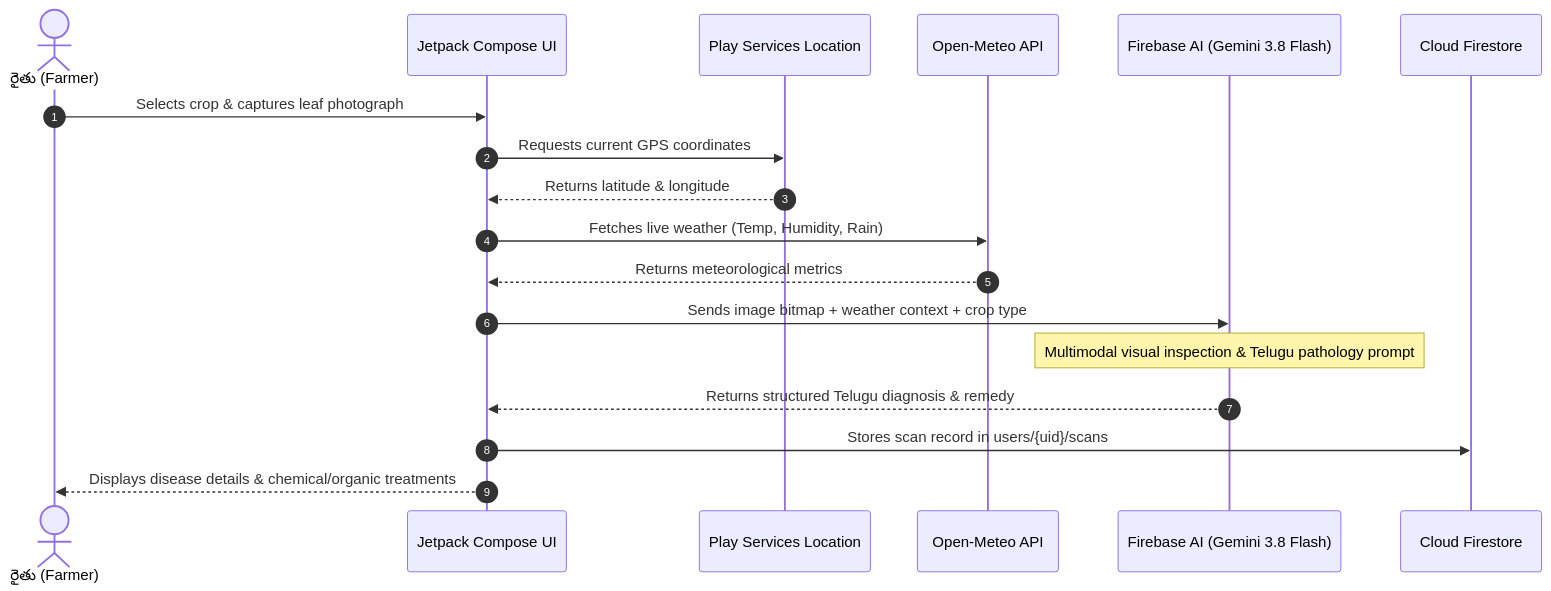
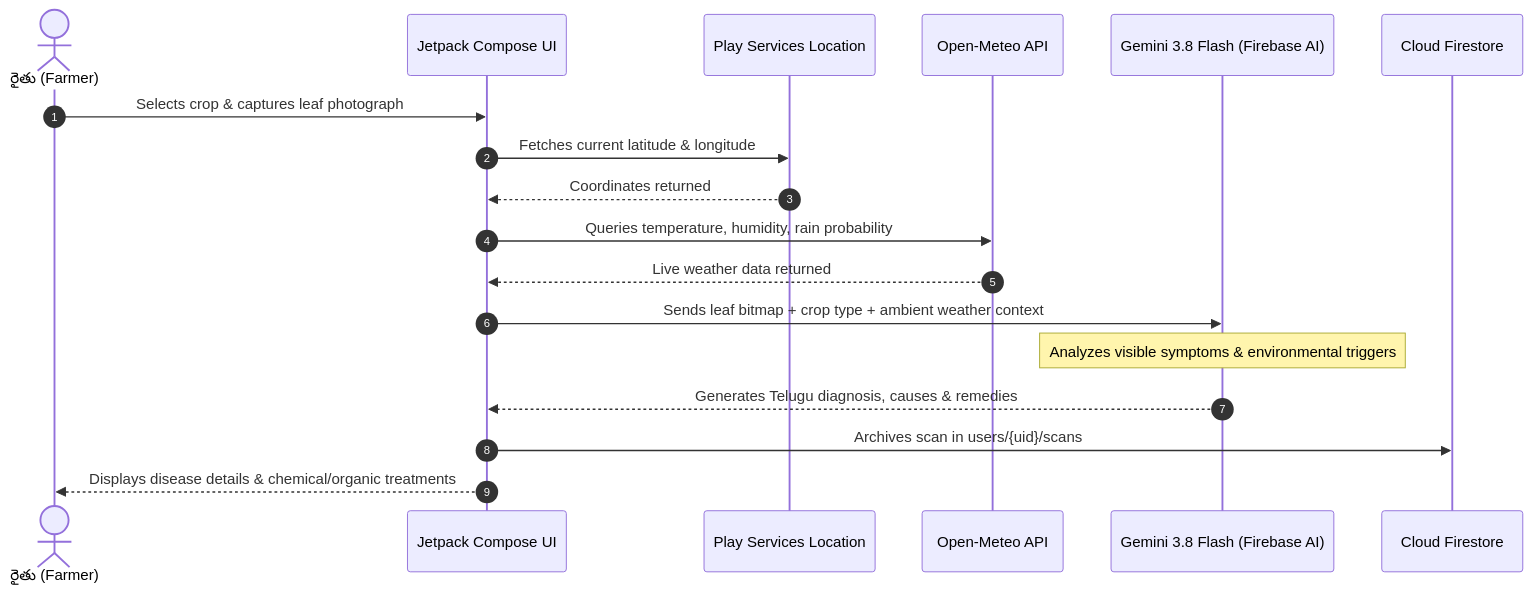
The diagram in README.md (shaikafnan787-hash/RythuMitraApp), drawn with Mermaid before and after one commit. The commit also changed other lines of this file, not shown here.

Commit message:
docs: enhance README with APK messenger distribution and Telugu-first architecture

````diff
--- a/README.md
+++ b/README.md
@@ -155,21 +149,21 @@
 ```mermaid
 sequenceDiagram
     autonumber
     actor Farmer as రైతు (Farmer)
     participant UI as Jetpack Compose UI
-    participant Location as Play Services Location
+    participant GPS as Play Services Location
     participant Weather as Open-Meteo API
-    participant AI as Firebase AI (Gemini 3.8 Flash)
-    participant DB as Cloud Firestore
+    participant Gemini as Gemini 3.8 Flash (Firebase AI)
+    participant Firestore as Cloud Firestore
 
     Farmer->>UI: Selects crop & captures leaf photograph
-    UI->>Location: Requests current GPS coordinates
-    Location-->>UI: Returns latitude & longitude
-    UI->>Weather: Fetches live weather (Temp, Humidity, Rain)
-    Weather-->>UI: Returns meteorological metrics
-    UI->>AI: Sends image bitmap + weather context + crop type
-    Note over AI: Multimodal visual inspection & Telugu pathology prompt
-    AI-->>UI: Returns structured Telugu diagnosis & remedy
-    UI->>DB: Stores scan record in users/{uid}/scans
+    UI->>GPS: Fetches current latitude & longitude
+    GPS-->>UI: Coordinates returned
+    UI->>Weather: Queries temperature, humidity, rain probability
+    Weather-->>UI: Live weather data returned
+    UI->>Gemini: Sends leaf bitmap + crop type + ambient weather context
+    Note over Gemini: Analyzes visible symptoms & environmental triggers
+    Gemini-->>UI: Generates Telugu diagnosis, causes & remedies
+    UI->>Firestore: Archives scan in users/{uid}/scans
     UI-->>Farmer: Displays disease details & chemical/organic treatments
 ```
````
